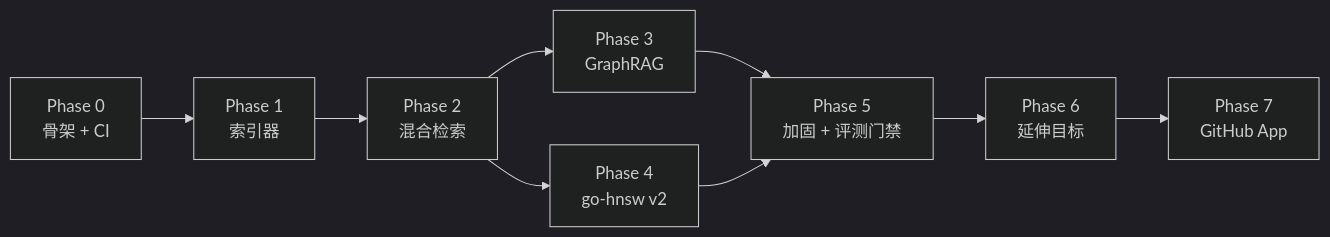
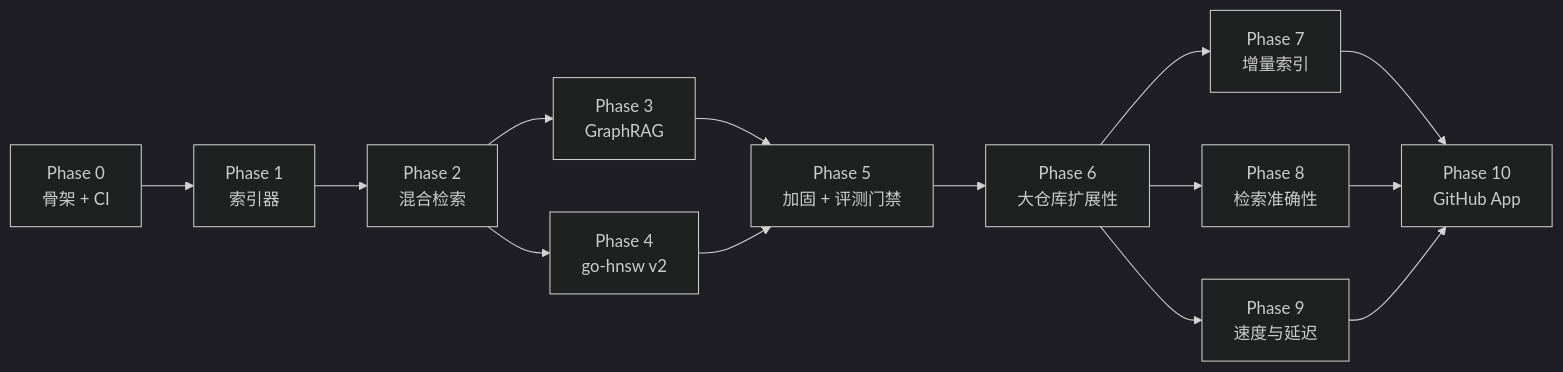
One commit to AndyUneducated/repo-sage changed the first of 2 diagrams in docs/ROADMAP.md. Above: the diagram before and after it, drawn with Mermaid (dark theme). The commit also changed other lines of this file and 35 other files, not shown here.

First line of the commit message:
feat(phases 6-10): incremental pipeline, answer cache, GitHub App core + audit fixes

````diff
--- a/docs/ROADMAP.md
+++ b/docs/ROADMAP.md
@@ -20,11 +23,16 @@
 ```mermaid
 flowchart LR
   P0["Phase 0<br/>骨架 + CI"] --> P1["Phase 1<br/>索引器"]
   P1 --> P2["Phase 2<br/>混合检索"]
   P2 --> P3["Phase 3<br/>GraphRAG"]
   P2 --> P4["Phase 4<br/>go-hnsw v2"]
   P3 --> P5["Phase 5<br/>加固 + 评测门禁"]
   P4 --> P5
-  P5 --> P6["Phase 6<br/>延伸目标"]
-  P6 --> P7["Phase 7<br/>GitHub App"]
+  P5 --> P6["Phase 6<br/>大仓库扩展性"]
+  P6 --> P7["Phase 7<br/>增量索引"]
+  P6 --> P8["Phase 8<br/>检索准确性"]
+  P6 --> P9["Phase 9<br/>速度与延迟"]
+  P7 --> P10["Phase 10<br/>GitHub App"]
+  P8 --> P10
+  P9 --> P10
 ```
````
